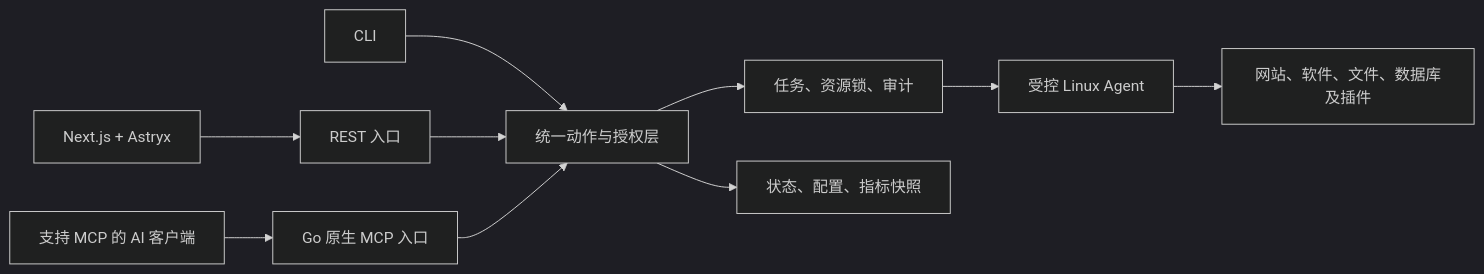
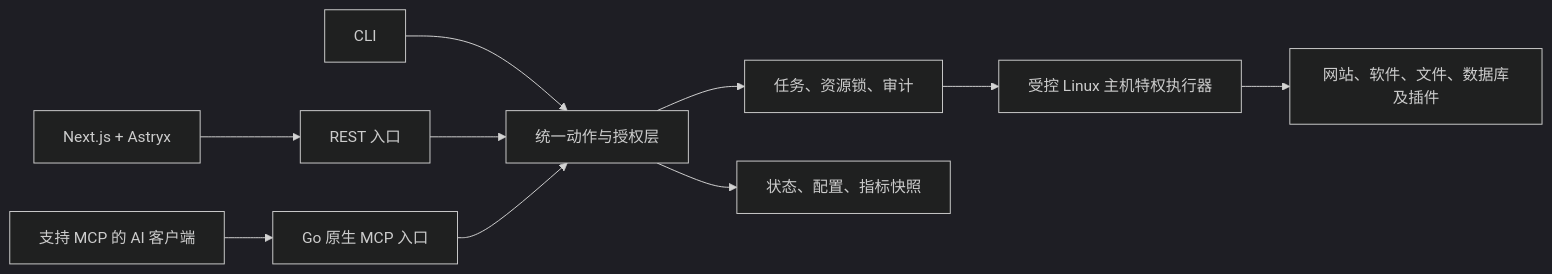
Before and after one commit to Aoody743/Folio: the diagram in docs/rewrite/AI-NATIVE-MCP.md, drawn with Mermaid (dark theme). The commit also changed other lines of this file and 15 other files, not shown here.

````diff
--- a/docs/rewrite/AI-NATIVE-MCP.md
+++ b/docs/rewrite/AI-NATIVE-MCP.md
@@ -15,12 +15,12 @@
 ```mermaid
 flowchart LR
     WEB[Next.js + Astryx] --> REST[REST 入口]
     AI[支持 MCP 的 AI 客户端] --> MCP[Go 原生 MCP 入口]
     CLI[CLI] --> CORE[统一动作与授权层]
     REST --> CORE
     MCP --> CORE
     CORE --> JOB[任务、资源锁、审计]
     CORE --> READ[状态、配置、指标快照]
-    JOB --> AGENT[受控 Linux Agent]
-    AGENT --> HOST[网站、软件、文件、数据库及插件]
+    JOB --> EXEC[受控 Linux 主机特权执行器]
+    EXEC --> HOST[网站、软件、文件、数据库及插件]
 ```
````
